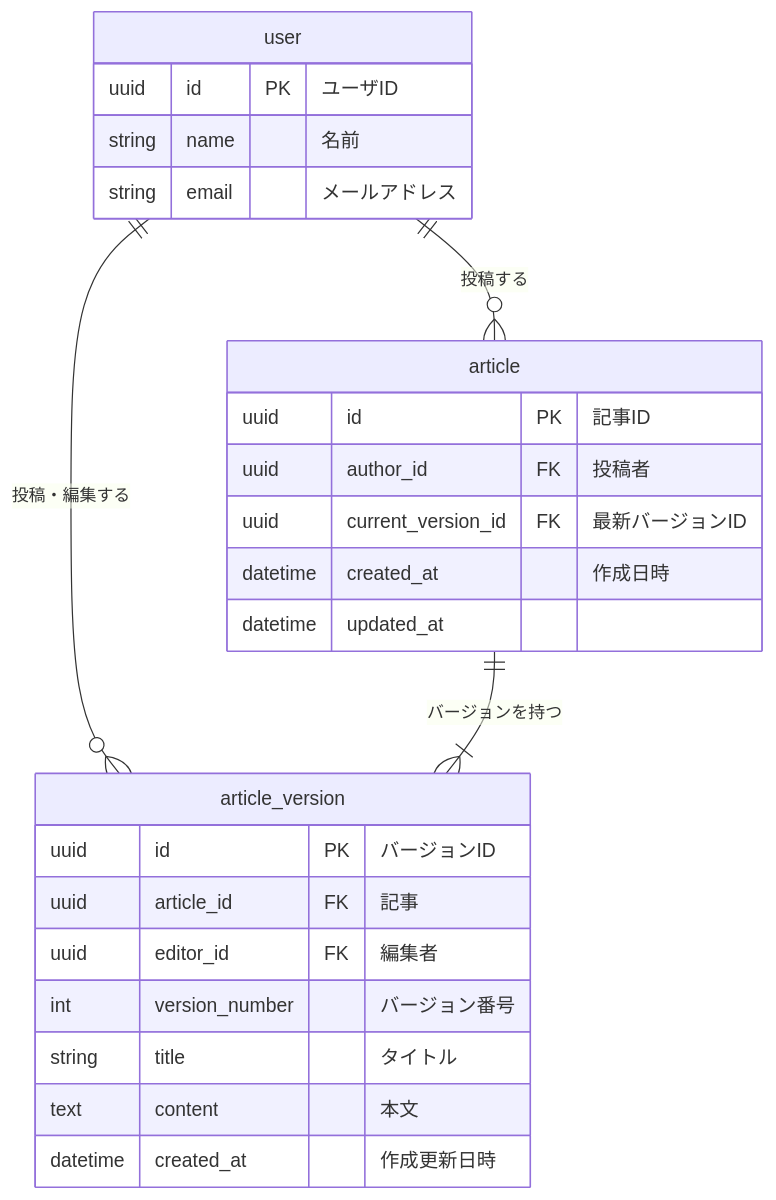
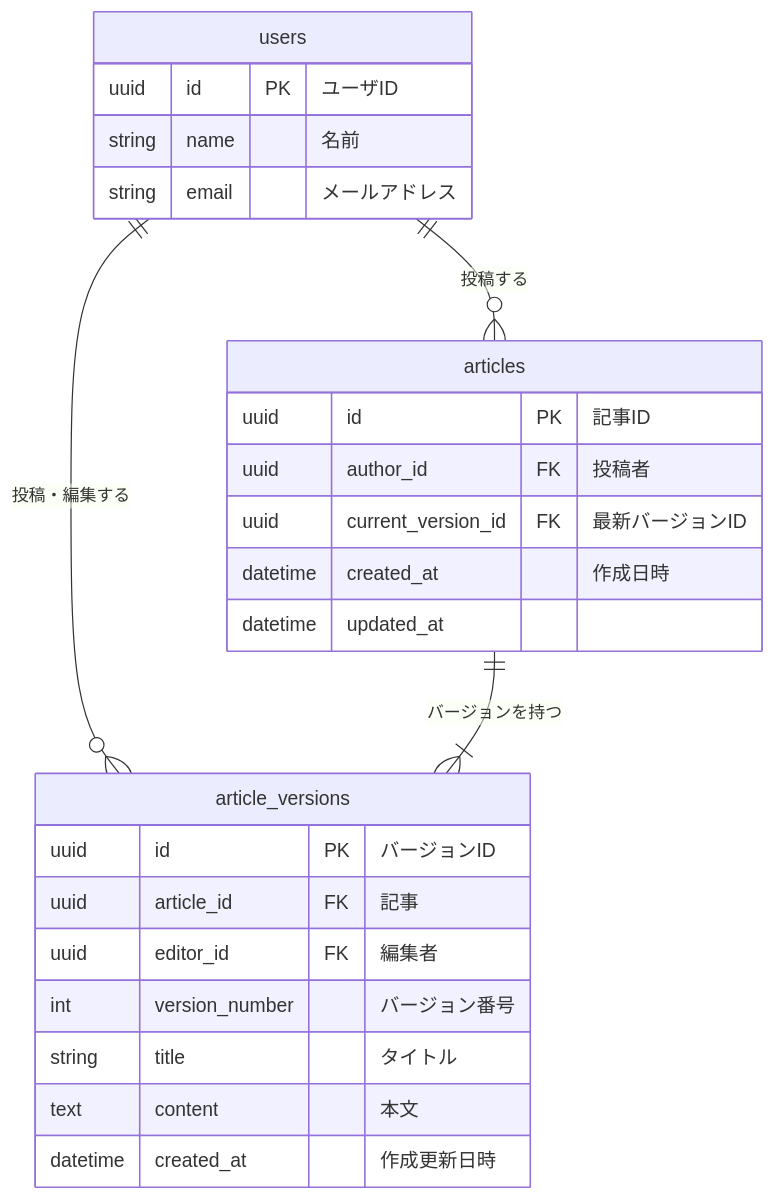
One commit to speeed131/p_issues changed the diagram in db_modeling5/issue.md. Above: the diagram before and after it, drawn with Mermaid. The commit also changed other lines of this file, not shown here.

Commit message:
:pencil2: Fix: テーブル複数名に変更

````diff
--- a/db_modeling5/issue.md
+++ b/db_modeling5/issue.md
@@ -28,31 +28,31 @@
 ```mermaid
 erDiagram
-    user {
+    users {
         uuid id PK           "ユーザID"
         string name         "名前"
         string email        "メールアドレス"
     }
-    article {
+    articles {
         uuid id PK                   "記事ID"
         uuid author_id FK            "投稿者"
         uuid current_version_id FK   "最新バージョンID"
         datetime created_at         "作成日時"
         datetime updated_at
     }
 
-    article_version {
+    article_versions {
         uuid id PK                   "バージョンID"
         uuid article_id FK           "記事"
         uuid editor_id FK            "編集者"
         int version_number           "バージョン番号"
         string title                "タイトル"
         text content                 "本文"
         datetime created_at         "作成更新日時"
     }
 
-    user ||--o{ article            : "投稿する"
-    user ||--o{ article_version    : "投稿・編集する"
-    article ||--|{ article_version : "バージョンを持つ"
+    users ||--o{ articles            : "投稿する"
+    users ||--o{ article_versions    : "投稿・編集する"
+    articles ||--|{ article_versions : "バージョンを持つ"
 
 
 ```
````
